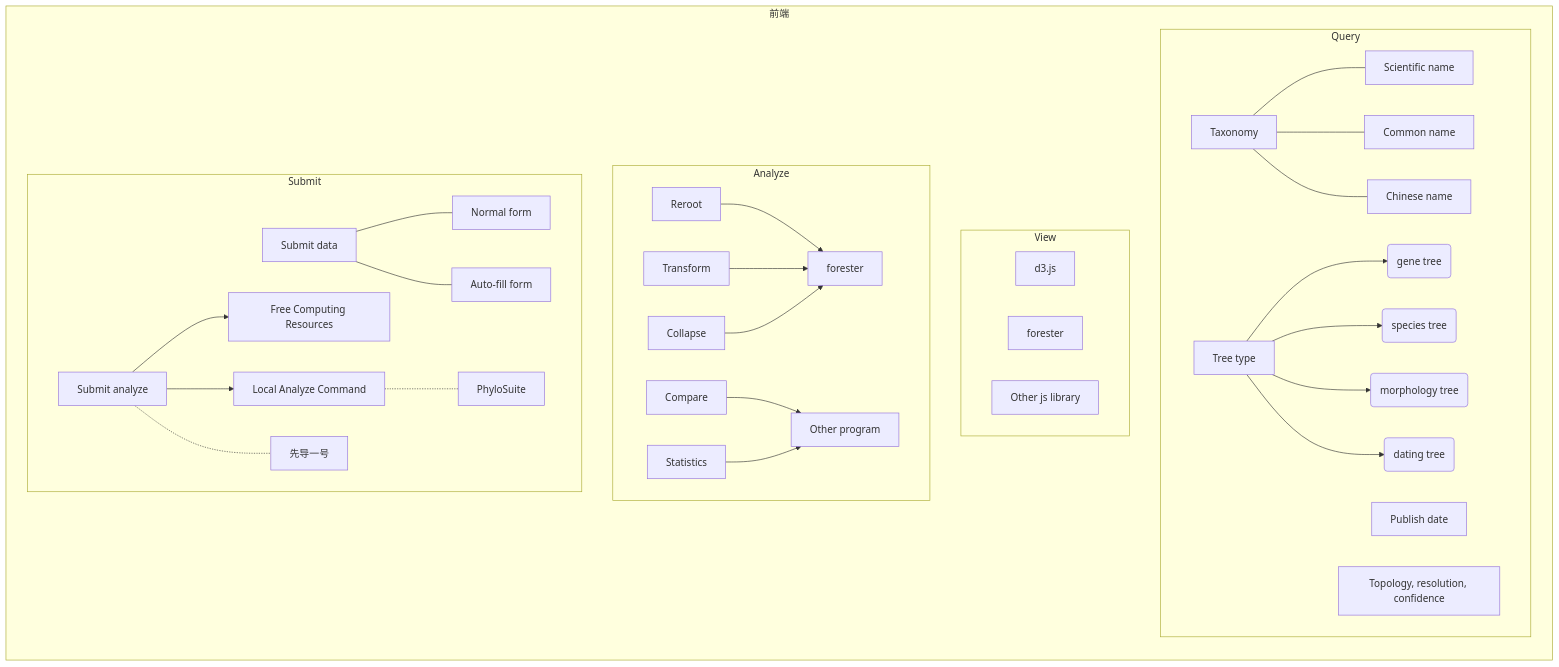
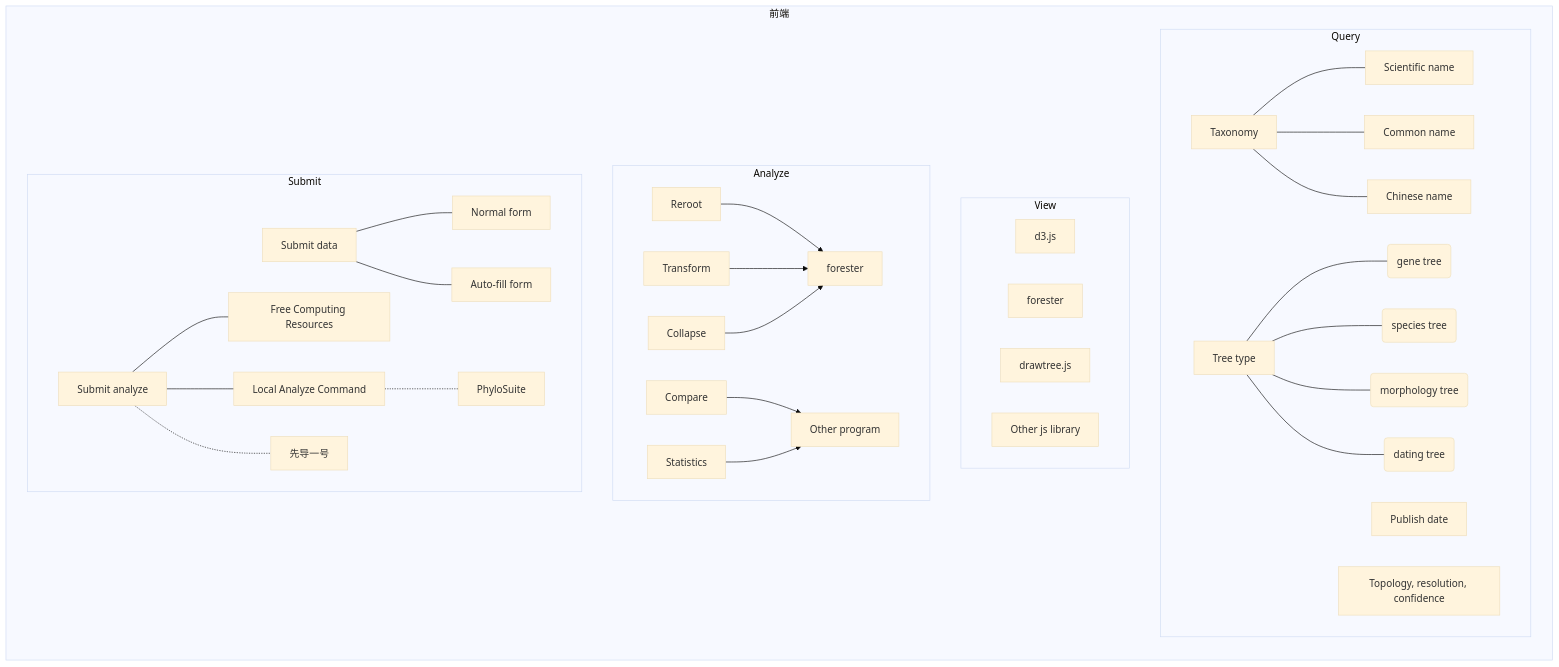
The second of 3 diagrams in README.md (wpwupingwp/treehub), drawn with Mermaid before and after one commit. The commit also changed other lines of this file, not shown here.

````diff
--- a/README.md
+++ b/README.md
@@ -59,38 +62,39 @@
 ```mermaid
+%%{init: {'theme': 'base'}}%%
 flowchart LR
     subgraph 前端
         subgraph Query
             q1[Taxonomy]
             q1 --- qq1[Scientific name]
             q1 --- qq2[Common name]
             q1 --- qq3[Chinese name]
             q2[Publish date]
             q3[Tree type]
-            q3 --> t1(gene tree)
-            q3 --> t2(species tree)
-            q3 --> t3(morphology tree)
-            q3 --> t4(dating tree)
+            q3 --- t1(gene tree)
+            q3 --- t2(species tree)
+            q3 --- t3(morphology tree)
+            q3 --- t4(dating tree)
             q4[Topology, resolution, confidence]
         end
         subgraph View
             v1[d3.js]
             v2[forester]
-            v3[Other js library]
-
+            v3[drawtree.js]
+            v4[Other js library]
         end
         subgraph Analyze
             Reroot --> forester
             Transform --> forester
             Collapse --> forester
             Compare --> a1[Other program]
             Statistics --> a1
         end
         subgraph Submit
             s0[Submit data] --- sf1[Normal form]
             s0[Submit data] --- sf2[Auto-fill form]
-            s1[Submit analyze] --> sa2[Free Computing Resources]
-            s1[Submit analyze] --> sa3[Local Analyze Command] -.- PhyloSuite
+            s1[Submit analyze] --- sa2[Free Computing Resources]
+            s1[Submit analyze] --- sa3[Local Analyze Command] -.- PhyloSuite
             s1[Submit analyze] -.- sa1[先导一号]
         end
     end
 ```
````
